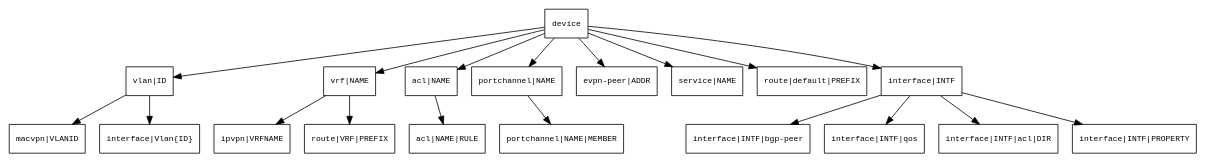
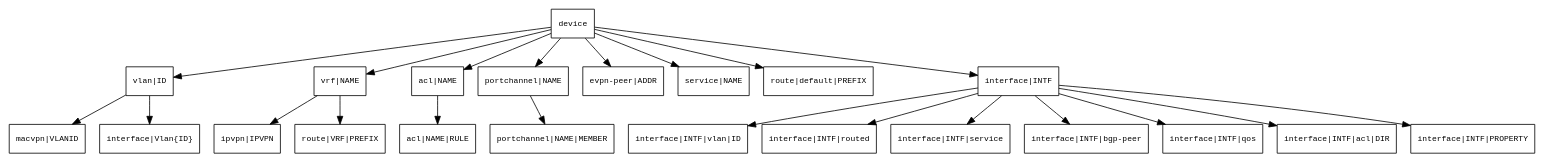
The diagram in docs/diagrams/intent-dag-tree.dot (aldrin-isaac/newtron), drawn with Graphviz before and after one commit. The commit also changed 25 other files, not shown here.

```diff
--- a/docs/diagrams/intent-dag-tree.dot
+++ b/docs/diagrams/intent-dag-tree.dot
@@ -1,48 +1,54 @@
 digraph intent_dag {
   rankdir=TB;
   node [shape=box, fontname="monospace", fontsize=10];
   edge [fontname="monospace", fontsize=9];
 
   device;
   vlan_id      [label="vlan|ID"];
   vrf_name     [label="vrf|NAME"];
   acl_name     [label="acl|NAME"];
   pc_name      [label="portchannel|NAME"];
   evpn_peer    [label="evpn-peer|ADDR"];
   svc_name     [label="service|NAME"];
   rt_default   [label="route|default|PREFIX"];
   intf         [label="interface|INTF"];
 
   macvpn       [label="macvpn|VLANID"];
   irb          [label="interface|Vlan{ID}"];
-  ipvpn        [label="ipvpn|VRFNAME"];
+  ipvpn        [label="ipvpn|IPVPN"];
   rt_vrf       [label="route|VRF|PREFIX"];
   acl_rule     [label="acl|NAME|RULE"];
   pc_member    [label="portchannel|NAME|MEMBER"];
 
+  intf_vlan    [label="interface|INTF|vlan|ID"];
+  intf_routed  [label="interface|INTF|routed"];
+  intf_svc     [label="interface|INTF|service"];
   intf_bgp     [label="interface|INTF|bgp-peer"];
   intf_qos     [label="interface|INTF|qos"];
   intf_acl     [label="interface|INTF|acl|DIR"];
   intf_prop    [label="interface|INTF|PROPERTY"];
 
   device -> vlan_id;
   device -> vrf_name;
   device -> acl_name;
   device -> pc_name;
   device -> evpn_peer;
   device -> svc_name;
   device -> rt_default;
   device -> intf;
 
   vlan_id -> macvpn;
   vlan_id -> irb;
   vrf_name -> ipvpn;
   vrf_name -> rt_vrf;
   acl_name -> acl_rule;
   pc_name -> pc_member;
 
+  intf -> intf_vlan;
+  intf -> intf_routed;
+  intf -> intf_svc;
   intf -> intf_bgp;
   intf -> intf_qos;
   intf -> intf_acl;
   intf -> intf_prop;
 }
```
